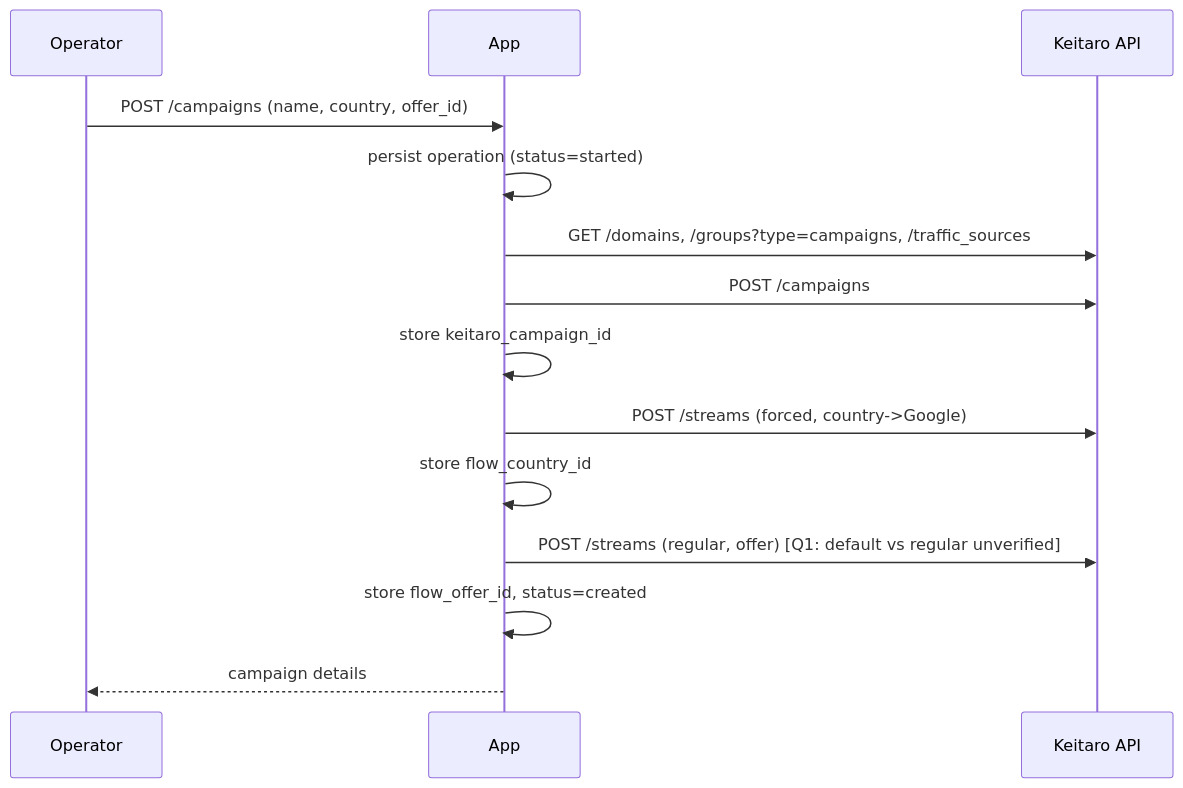
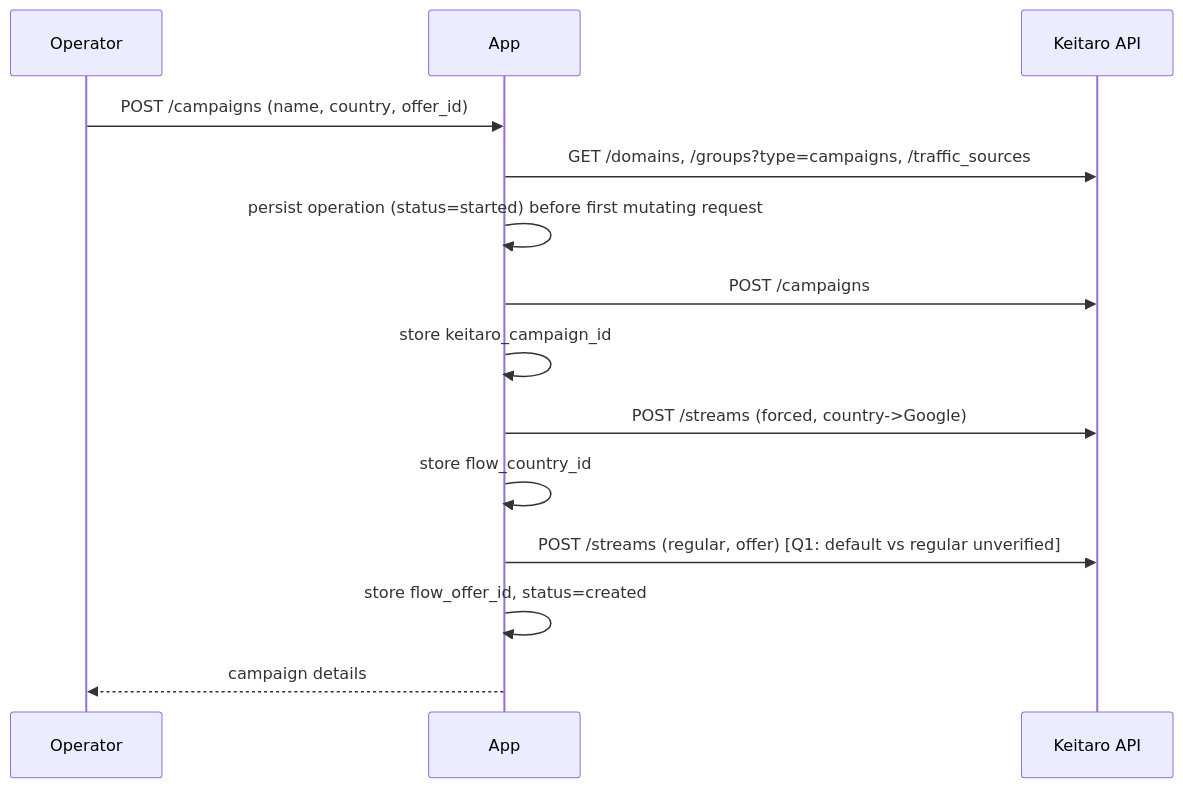
One commit to zaebee/keitaro-wrap changed the first of 2 diagrams in docs/architecture.md. Above: the diagram before and after it, drawn with Mermaid. The commit also changed other lines of this file and 2 other files, not shown here.

````diff
--- a/docs/architecture.md
+++ b/docs/architecture.md
@@ -81,16 +82,16 @@
 ```mermaid
 sequenceDiagram
   participant U as Operator
   participant A as App
   participant K as Keitaro API
   U->>A: POST /campaigns (name, country, offer_id)
-  A->>A: persist operation (status=started)
   A->>K: GET /domains, /groups?type=campaigns, /traffic_sources
+  A->>A: persist operation (status=started) before first mutating request
   A->>K: POST /campaigns
   A->>A: store keitaro_campaign_id
   A->>K: POST /streams (forced, country->Google)
   A->>A: store flow_country_id
   A->>K: POST /streams (regular, offer) [Q1: default vs regular unverified]
   A->>A: store flow_offer_id, status=created
   A-->>U: campaign details
 ```
````
